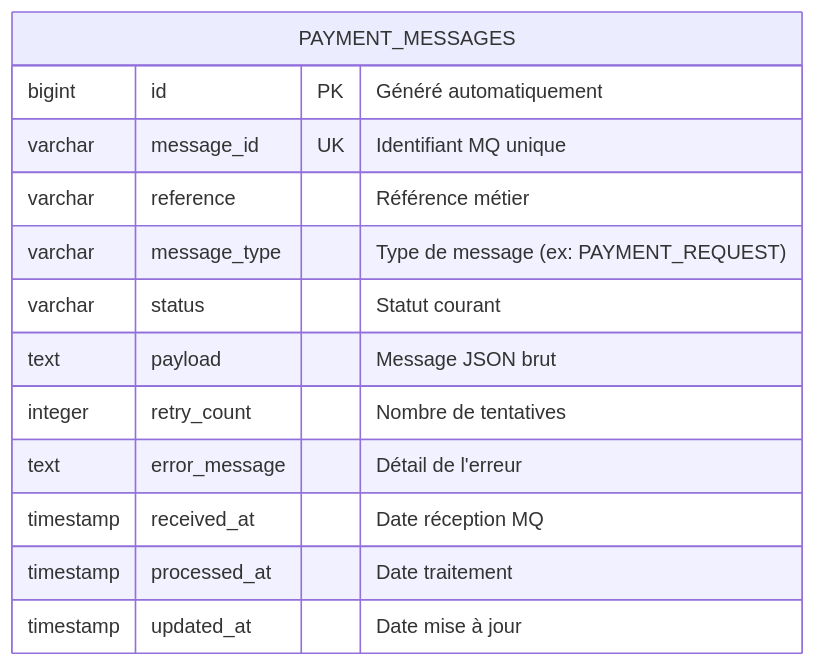
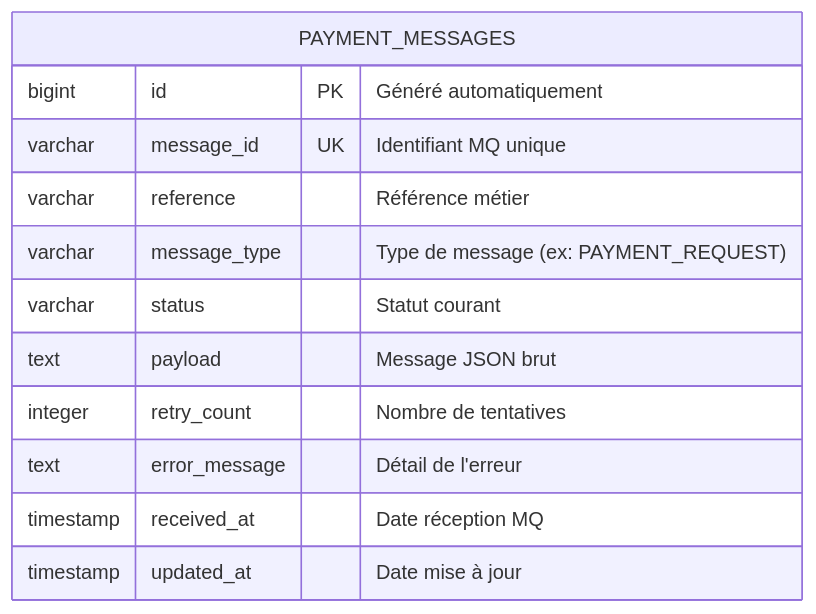
One commit to mouhamadoulo/payment-messages changed the diagram in docs/database/database-model.md. Above: the diagram before and after it, drawn with Mermaid. The commit also changed other lines of this file and 27 other files, not shown here.

````diff
--- a/docs/database/database-model.md
+++ b/docs/database/database-model.md
@@ -5,16 +5,15 @@
 ```mermaid
 erDiagram
     PAYMENT_MESSAGES {
         bigint id PK "Généré automatiquement"
         varchar message_id UK "Identifiant MQ unique"
         varchar reference "Référence métier"
         varchar message_type "Type de message (ex: PAYMENT_REQUEST)"
         varchar status "Statut courant"
         text payload "Message JSON brut"
         integer retry_count "Nombre de tentatives"
         text error_message "Détail de l'erreur"
         timestamp received_at "Date réception MQ"
-        timestamp processed_at "Date traitement"
         timestamp updated_at "Date mise à jour"
     }
 ```
````
